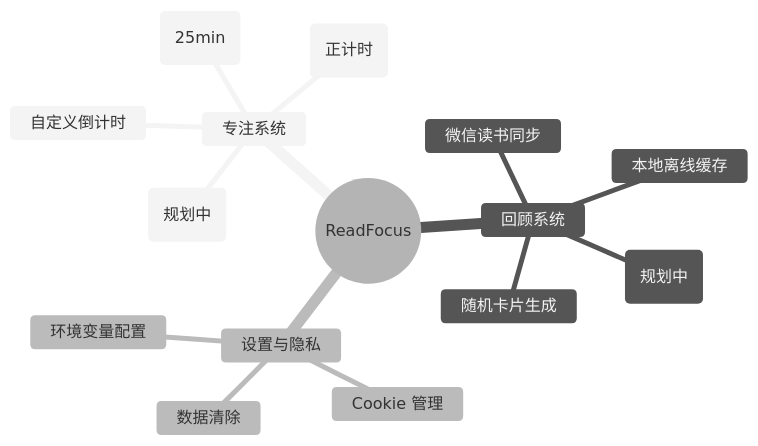
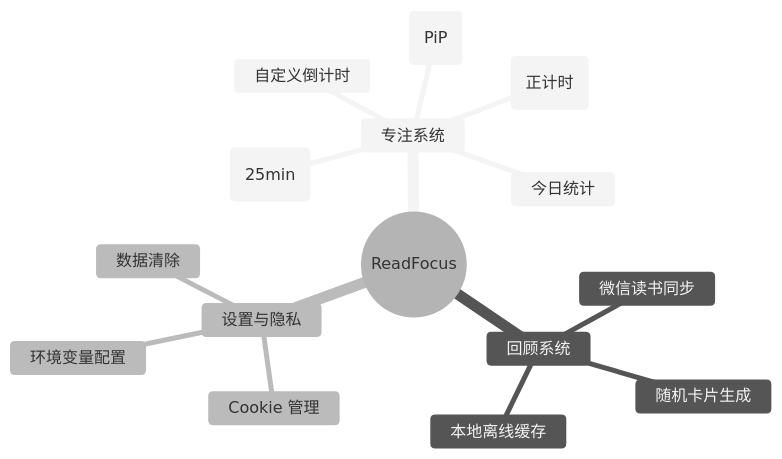
Before and after one commit to shumengxu6-a11y/readfocus: the first of 2 diagrams in PRODUCT_REQUIREMENTS.md, drawn with Mermaid (neutral theme). The commit also changed other lines of this file, not shown here.

````diff
--- a/PRODUCT_REQUIREMENTS.md
+++ b/PRODUCT_REQUIREMENTS.md
@@ -30,18 +31,18 @@
 ```mermaid
 mindmap
   root((ReadFocus))
     专注系统
       番茄钟模式 (25min)
       自定义倒计时
       心流模式 (正计时)
-      白噪音 (规划中)
+      画中画 (PiP)
+      今日统计
     回顾系统
       随机卡片生成
       微信读书同步
       本地离线缓存
-      笔记分享 (规划中)
     设置与隐私
       Cookie 管理
       环境变量配置
       数据清除
 ```
````
